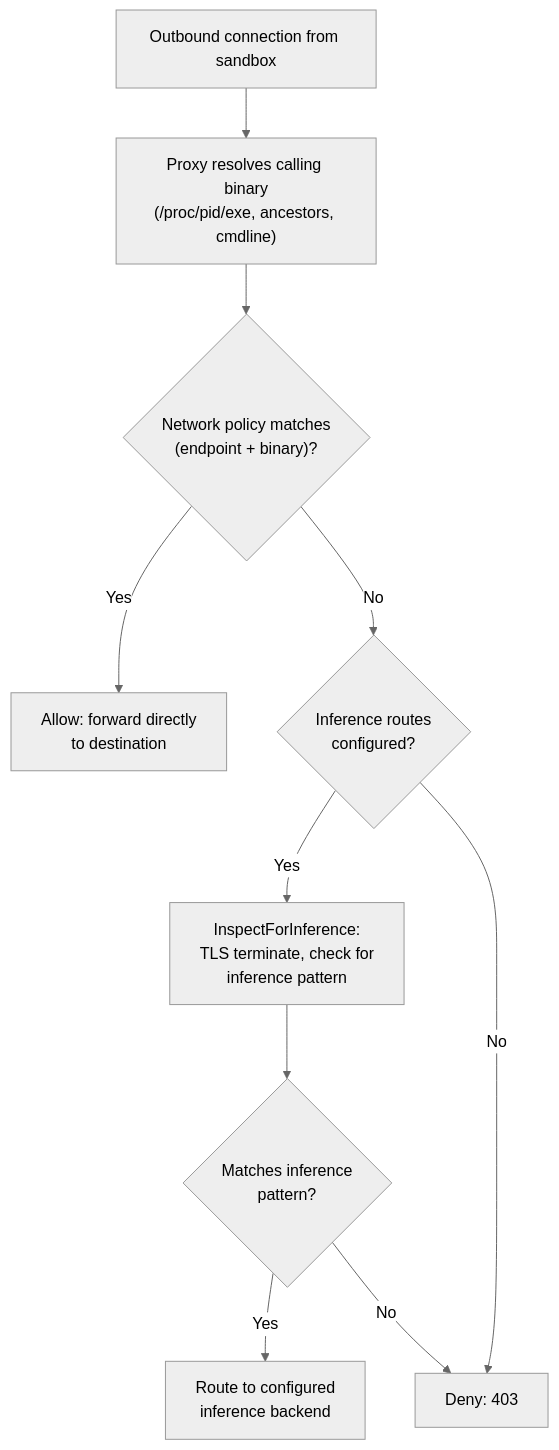
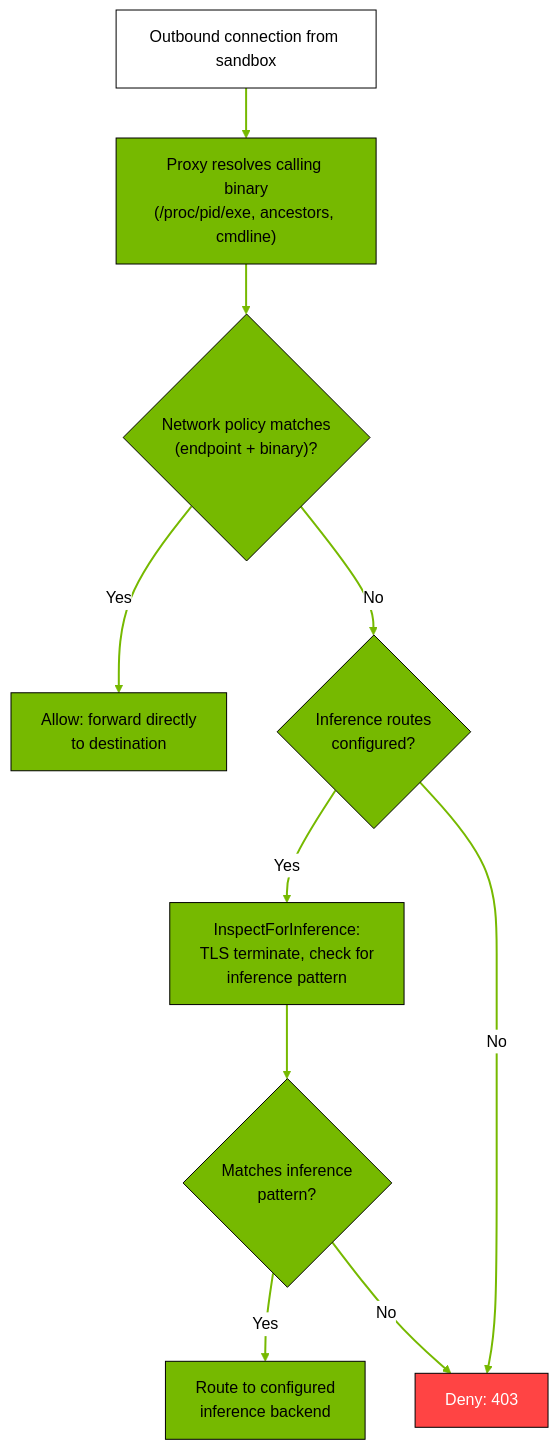
Before and after one commit to NVIDIA/OpenShell: the diagram in docs/safety-and-privacy/network-access-rules.md, drawn with Mermaid (neutral theme). The commit also changed 13 other files, not shown here.

````diff
--- a/docs/safety-and-privacy/network-access-rules.md
+++ b/docs/safety-and-privacy/network-access-rules.md
@@ -31,12 +31,24 @@
 ```{mermaid}
 flowchart TD
     A["Outbound connection from sandbox"] --> B["Proxy resolves calling binary\n(/proc/pid/exe, ancestors, cmdline)"]
     B --> C{"Network policy matches\n(endpoint + binary)?"}
     C -- Yes --> D["Allow: forward directly\nto destination"]
     C -- No --> E{"Inference routes\nconfigured?"}
     E -- Yes --> F["InspectForInference:\nTLS terminate, check for\ninference pattern"]
     F --> G{"Matches inference\npattern?"}
     G -- Yes --> H["Route to configured\ninference backend"]
     G -- No --> I["Deny: 403"]
     E -- No --> I
+
+    style A fill:#ffffff,stroke:#000000,color:#000000
+    style B fill:#76b900,stroke:#000000,color:#000000
+    style C fill:#76b900,stroke:#000000,color:#000000
+    style D fill:#76b900,stroke:#000000,color:#000000
+    style E fill:#76b900,stroke:#000000,color:#000000
+    style F fill:#76b900,stroke:#000000,color:#000000
+    style G fill:#76b900,stroke:#000000,color:#000000
+    style H fill:#76b900,stroke:#000000,color:#000000
+    style I fill:#ff4444,stroke:#000000,color:#ffffff
+
+    linkStyle default stroke:#76b900,stroke-width:2px
 ```
````
